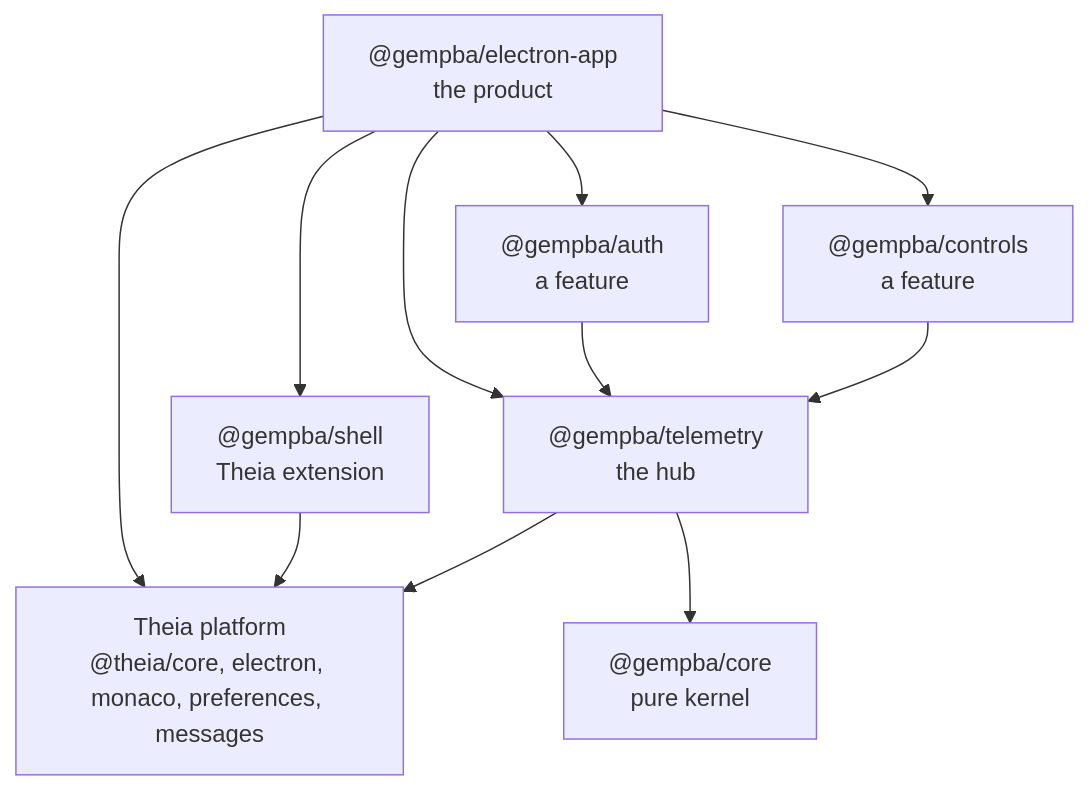
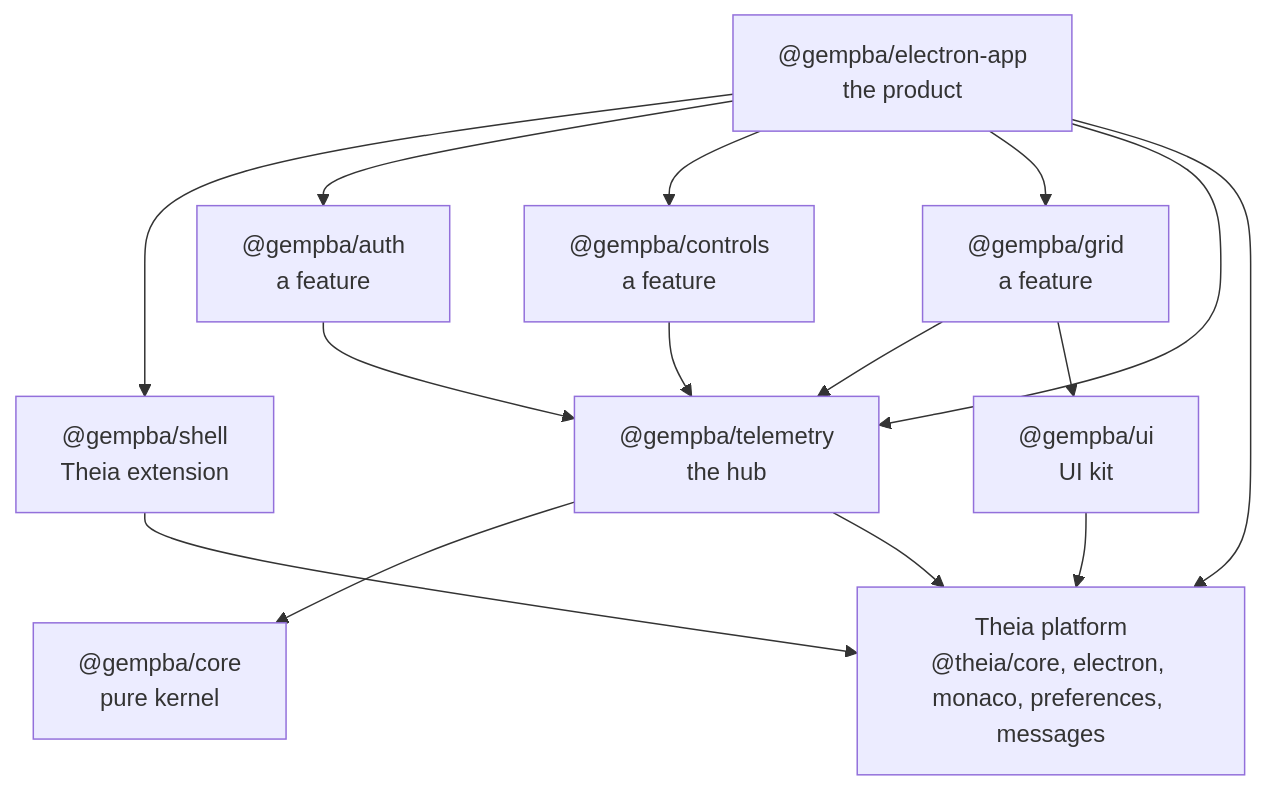
Before and after one commit to rapastranac/gempba-dashboard: the second of 3 diagrams in ARCHITECTURE.md, drawn with Mermaid. The commit also changed other lines of this file, not shown here.

First line of the commit message:
#28 Document the UI kit and the grid in ARCHITECTURE.md

````diff
--- a/ARCHITECTURE.md
+++ b/ARCHITECTURE.md
@@ -72,20 +74,26 @@
 ```mermaid
 flowchart TB
     app["@gempba/electron-app<br/>the product"]
     shell["@gempba/shell<br/>Theia extension"]
     telemetry["@gempba/telemetry<br/>the hub"]
     auth["@gempba/auth<br/>a feature"]
     controls["@gempba/controls<br/>a feature"]
+    grid["@gempba/grid<br/>a feature"]
+    ui["@gempba/ui<br/>UI kit"]
     core["@gempba/core<br/>pure kernel"]
     theia["Theia platform<br/>@theia/core, electron, monaco, preferences, messages"]
     app --> shell
     app --> auth
     app --> controls
+    app --> grid
     app --> telemetry
     app --> theia
     auth --> telemetry
     controls --> telemetry
+    grid --> telemetry
+    grid --> ui
+    ui --> theia
     shell --> theia
     telemetry --> core
     telemetry --> theia
 ```
````
